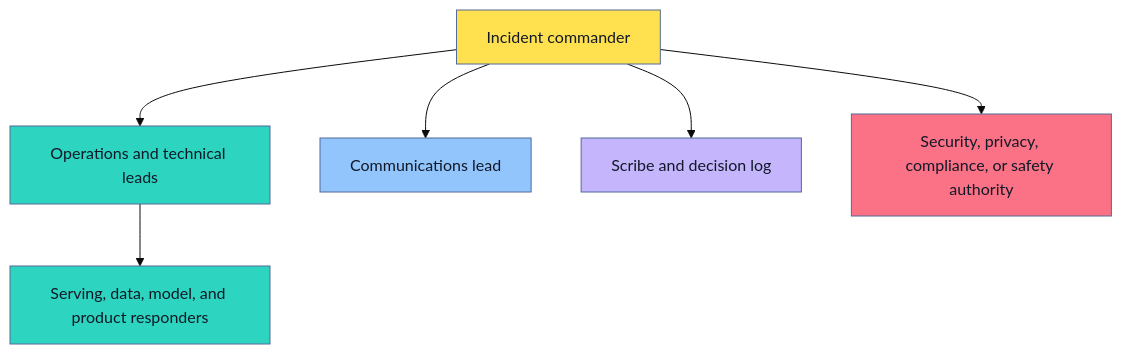
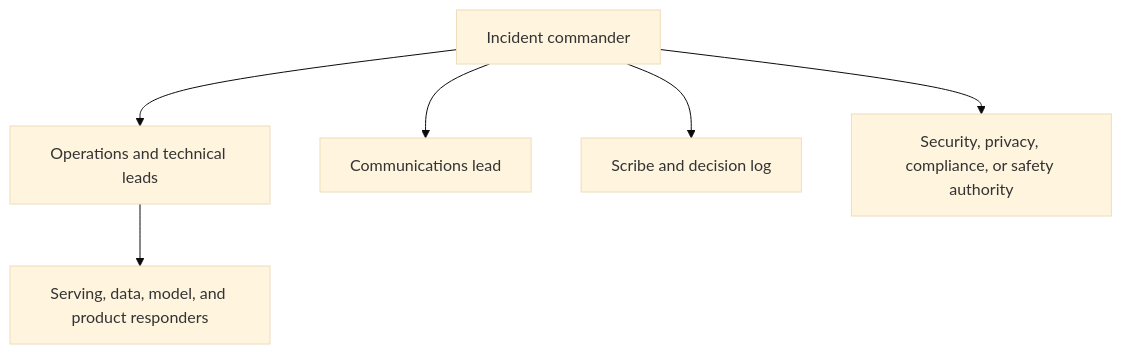
Before and after one commit to senlinyy/dev-roadmaps: the fourth of 9 diagrams in roadmaps/mlops/modules/deployment-and-release-management/rollback-and-recovery/01-ml-incident-response-basics.md, drawn with Mermaid (base theme). The commit also changed other lines of this file and 152 other files, not shown here.

Commit message:
feat: mlops and diagrams updated

````diff
--- a/roadmaps/mlops/modules/deployment-and-release-management/rollback-and-recovery/01-ml-incident-response-basics.md
+++ b/roadmaps/mlops/modules/deployment-and-release-management/rollback-and-recovery/01-ml-incident-response-basics.md
@@ -182,15 +181,15 @@
 ```mermaid
 flowchart TD
     A["Incident commander"] --> B["Operations and technical leads"]
     A --> C["Communications lead"]
     A --> D["Scribe and decision log"]
     B --> E["Serving, data, model, and product responders"]
     A --> F["Security, privacy, compliance, or safety authority"]
 
-    style A fill:#FFE04F,stroke:#536A9A,color:#111827
-    style B fill:#2DD4BF,stroke:#536A9A,color:#111827
-    style C fill:#93C5FD,stroke:#536A9A,color:#111827
-    style D fill:#C4B5FD,stroke:#536A9A,color:#111827
-    style E fill:#2DD4BF,stroke:#536A9A,color:#111827
-    style F fill:#FB7185,stroke:#536A9A,color:#111827
+    class A dp-mermaid-primary
+    class B dp-mermaid-secondary
+    class C dp-mermaid-tertiary
+    class D dp-mermaid-quaternary
+    class E dp-mermaid-secondary
+    class F dp-mermaid-primary
 ```
````
